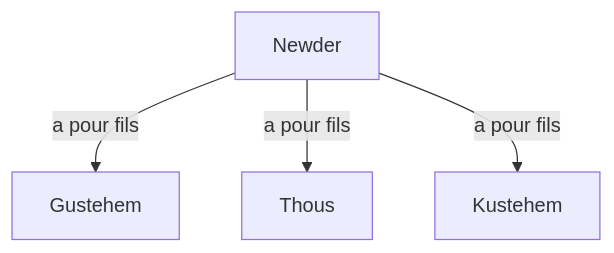
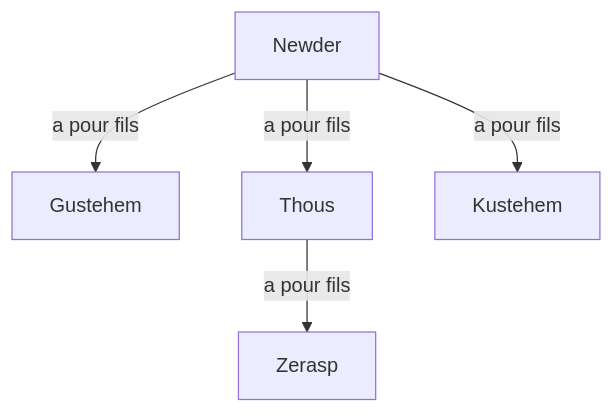
One commit to hdorgeval/le-livre-des-rois changed the diagram in src/graphs/newder/newder.mmd. Above: the diagram before and after it, drawn with Mermaid. The commit also changed 5 other files, not shown here.

```diff
--- a/src/graphs/newder/newder.mmd
+++ b/src/graphs/newder/newder.mmd
@@ -1,4 +1,5 @@
 graph TD
 Newder --a pour fils--> Gustehem
 Newder --a pour fils--> Thous
 Newder --a pour fils--> Kustehem
+Thous --a pour fils--> Zerasp
```
